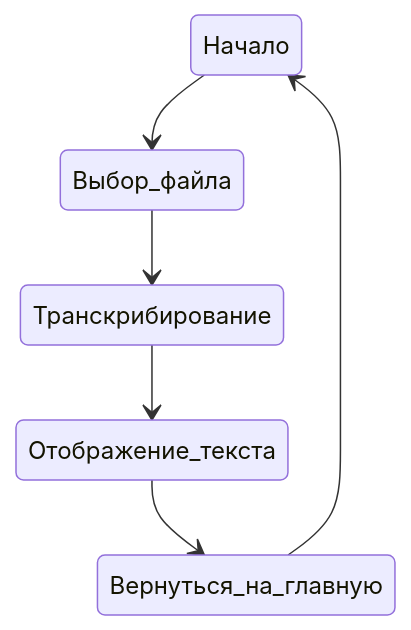
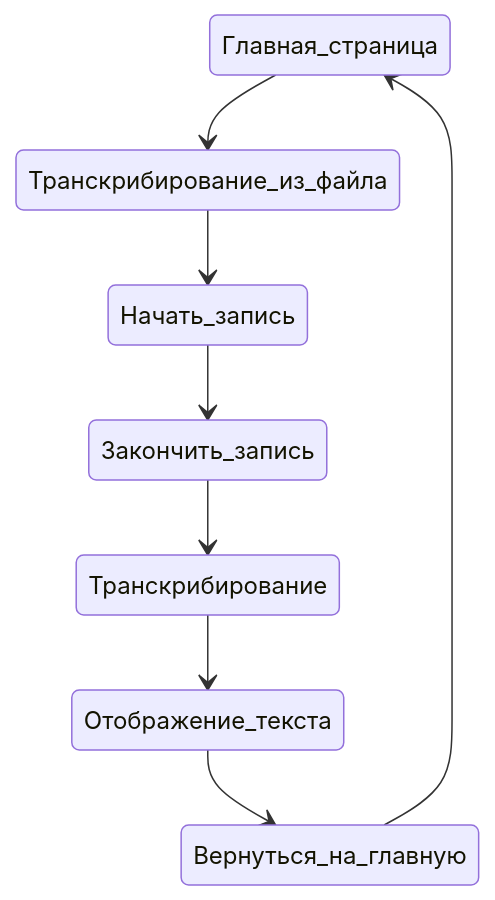
The third of 6 diagrams in docs/behavior.md (Retnug228/Lab3Orpo), drawn with Mermaid before and after one commit. The commit also changed other lines of this file, not shown here.

````diff
--- a/docs/behavior.md
+++ b/docs/behavior.md
@@ -55,8 +56,10 @@
 ```mermaid
 stateDiagram
-    Начало --> Выбор_файла
-    Выбор_файла --> Транскрибирование
+    Главная_страница --> Транскрибирование_из_файла
+    Транскрибирование_из_файла --> Начать_запись
+    Начать_запись --> Закончить_запись
+    Закончить_запись --> Транскрибирование
     Транскрибирование --> Отображение_текста
     Отображение_текста --> Вернуться_на_главную
-    Вернуться_на_главную --> Начало
+    Вернуться_на_главную --> Главная_страница
 ```
````
